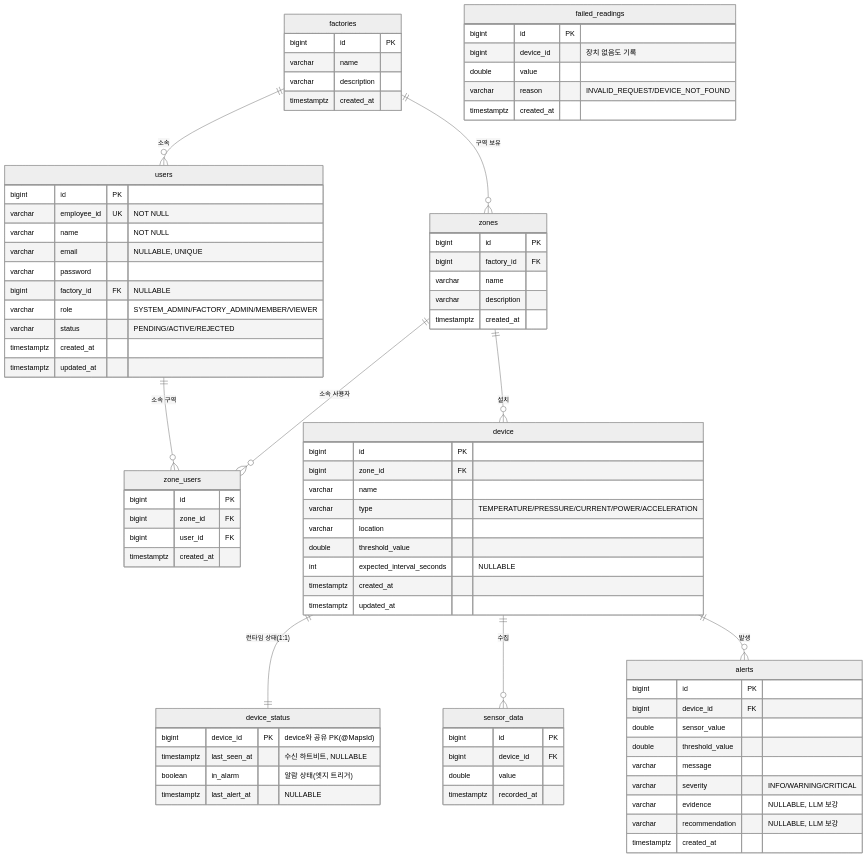
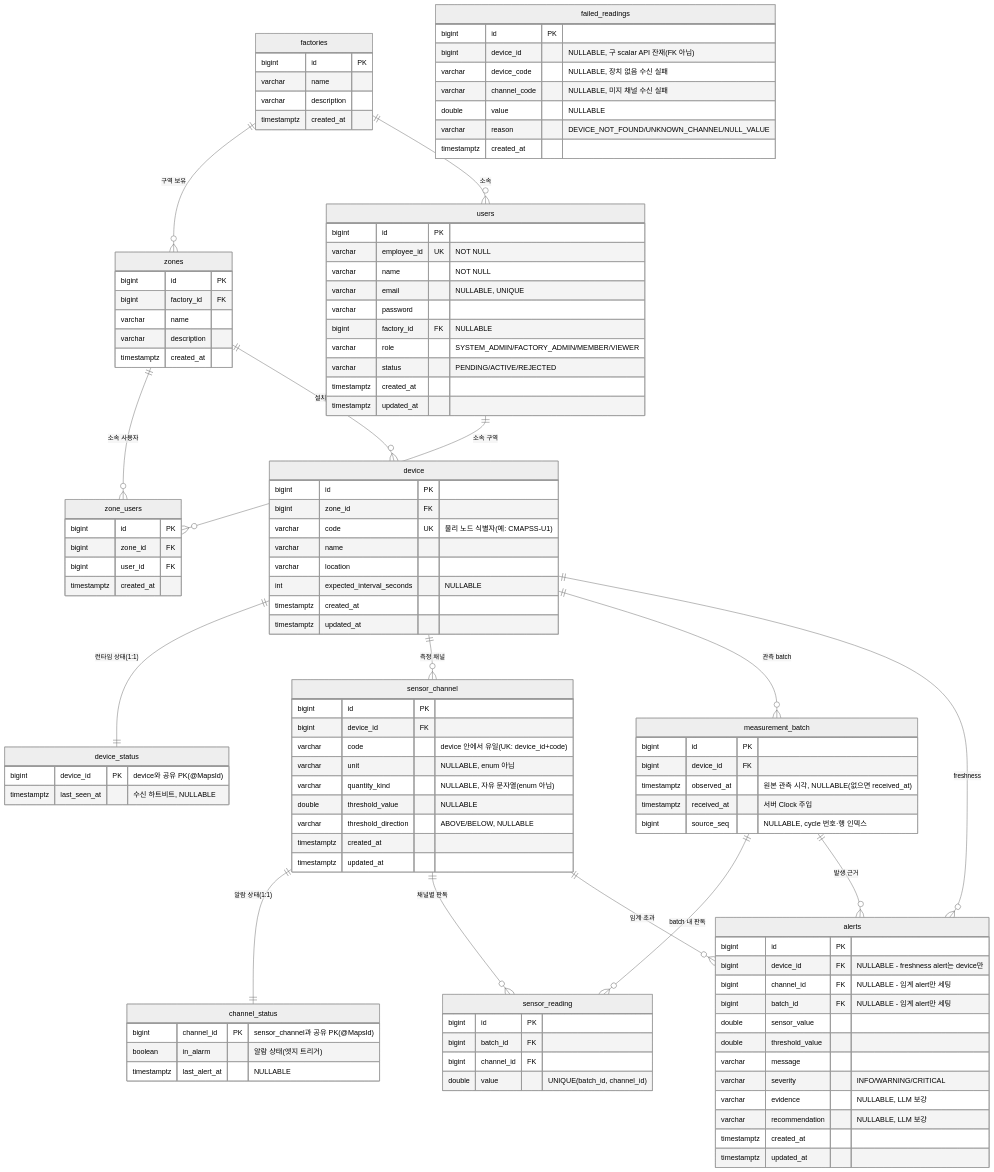
The third of 3 diagrams in README.md (YEONJI-P/iot-sensor-platform), drawn with Mermaid (neutral theme) before and after one commit. The commit also changed other lines of this file and 2 other files, not shown here.

First line of the commit message:
docs: 수신 모델 B 전환 ERD·API·마이그레이션 문서 갱신

````diff
--- a/README.md
+++ b/README.md
@@ -160,10 +160,9 @@
     device {
         bigint id PK
         bigint zone_id FK
+        varchar code UK "물리 노드 식별자(예: CMAPSS-U1)"
         varchar name
-        varchar type "TEMPERATURE/PRESSURE/CURRENT/POWER/ACCELERATION"
         varchar location
-        double threshold_value
         int expected_interval_seconds "NULLABLE"
         timestamptz created_at
         timestamptz updated_at
@@ -172,20 +171,46 @@
     device_status {
         bigint device_id PK "device와 공유 PK(@MapsId)"
         timestamptz last_seen_at "수신 하트비트, NULLABLE"
+    }
+
+    sensor_channel {
+        bigint id PK
+        bigint device_id FK
+        varchar code "device 안에서 유일(UK: device_id+code)"
+        varchar unit "NULLABLE, enum 아님"
+        varchar quantity_kind "NULLABLE, 자유 문자열(enum 아님)"
+        double threshold_value "NULLABLE"
+        varchar threshold_direction "ABOVE/BELOW, NULLABLE"
+        timestamptz created_at
+        timestamptz updated_at
+    }
+
+    channel_status {
+        bigint channel_id PK "sensor_channel과 공유 PK(@MapsId)"
         boolean in_alarm "알람 상태(엣지 트리거)"
         timestamptz last_alert_at "NULLABLE"
     }
 
-    sensor_data {
+    measurement_batch {
         bigint id PK
         bigint device_id FK
-        double value
-        timestamptz recorded_at
+        timestamptz observed_at "원본 관측 시각, NULLABLE(없으면 received_at)"
+        timestamptz received_at "서버 Clock 주입"
+        bigint source_seq "NULLABLE, cycle 번호·행 인덱스"
+    }
+
+    sensor_reading {
+        bigint id PK
+        bigint batch_id FK
+        bigint channel_id FK
+        double value "UNIQUE(batch_id, channel_id)"
     }
 
     alerts {
         bigint id PK
-        bigint device_id FK
+        bigint device_id FK "NULLABLE - freshness alert는 device만"
+        bigint channel_id FK "NULLABLE - 임계 alert만 세팅"
+        bigint batch_id FK "NULLABLE - 임계 alert만 세팅"
         double sensor_value
         double threshold_value
         varchar message
@@ -193,13 +218,16 @@
         varchar evidence "NULLABLE, LLM 보강"
         varchar recommendation "NULLABLE, LLM 보강"
         timestamptz created_at
+        timestamptz updated_at
     }
 
     failed_readings {
         bigint id PK
-        bigint device_id "장치 없음도 기록"
-        double value
-        varchar reason "INVALID_REQUEST/DEVICE_NOT_FOUND"
+        bigint device_id "NULLABLE, 구 scalar API 잔재(FK 아님)"
+        varchar device_code "NULLABLE, 장치 없음 수신 실패"
+        varchar channel_code "NULLABLE, 미지 채널 수신 실패"
+        double value "NULLABLE"
+        varchar reason "DEVICE_NOT_FOUND/UNKNOWN_CHANNEL/NULL_VALUE"
         timestamptz created_at
     }
 
@@ -209,6 +237,12 @@
     users ||--o{ zone_users : "소속 구역"
     zones ||--o{ device : "설치"
     device ||--|| device_status : "런타임 상태(1:1)"
-    device ||--o{ sensor_data : "수집"
-    device ||--o{ alerts : "발생"
+    device ||--o{ sensor_channel : "측정 채널"
+    sensor_channel ||--|| channel_status : "알람 상태(1:1)"
+    device ||--o{ measurement_batch : "관측 batch"
+    measurement_batch ||--o{ sensor_reading : "batch 내 판독"
+    sensor_channel ||--o{ sensor_reading : "채널별 판독"
+    sensor_channel ||--o{ alerts : "임계 초과"
+    measurement_batch ||--o{ alerts : "발생 근거"
+    device ||--o{ alerts : "freshness"
 ```
````
